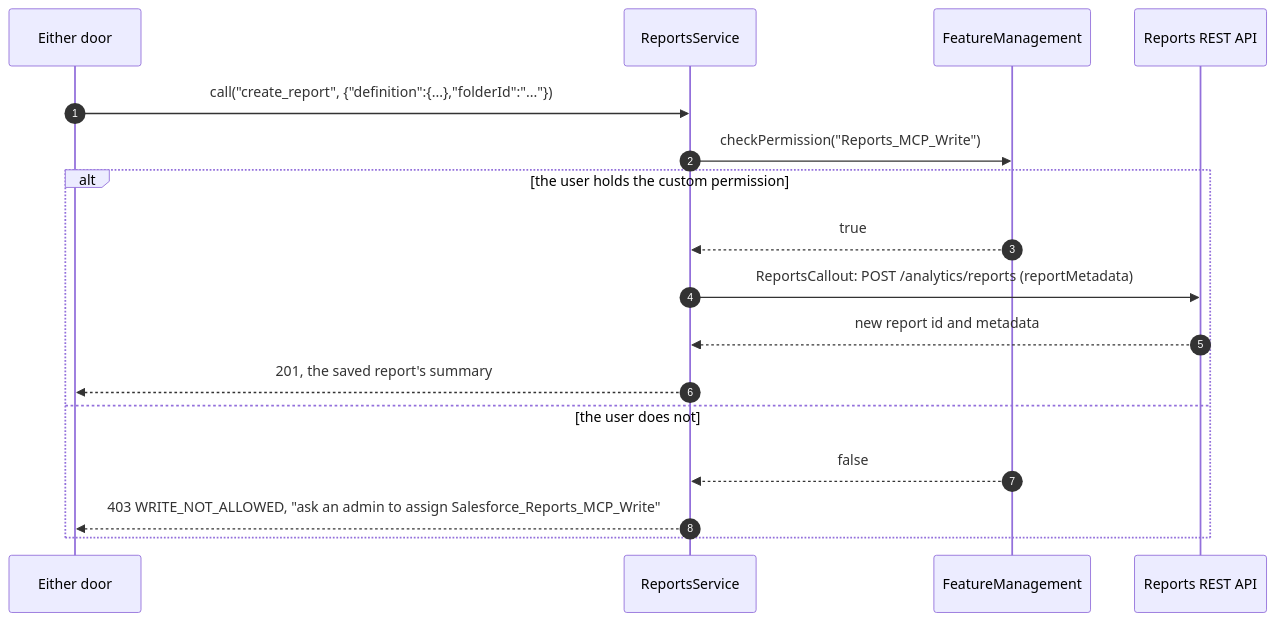
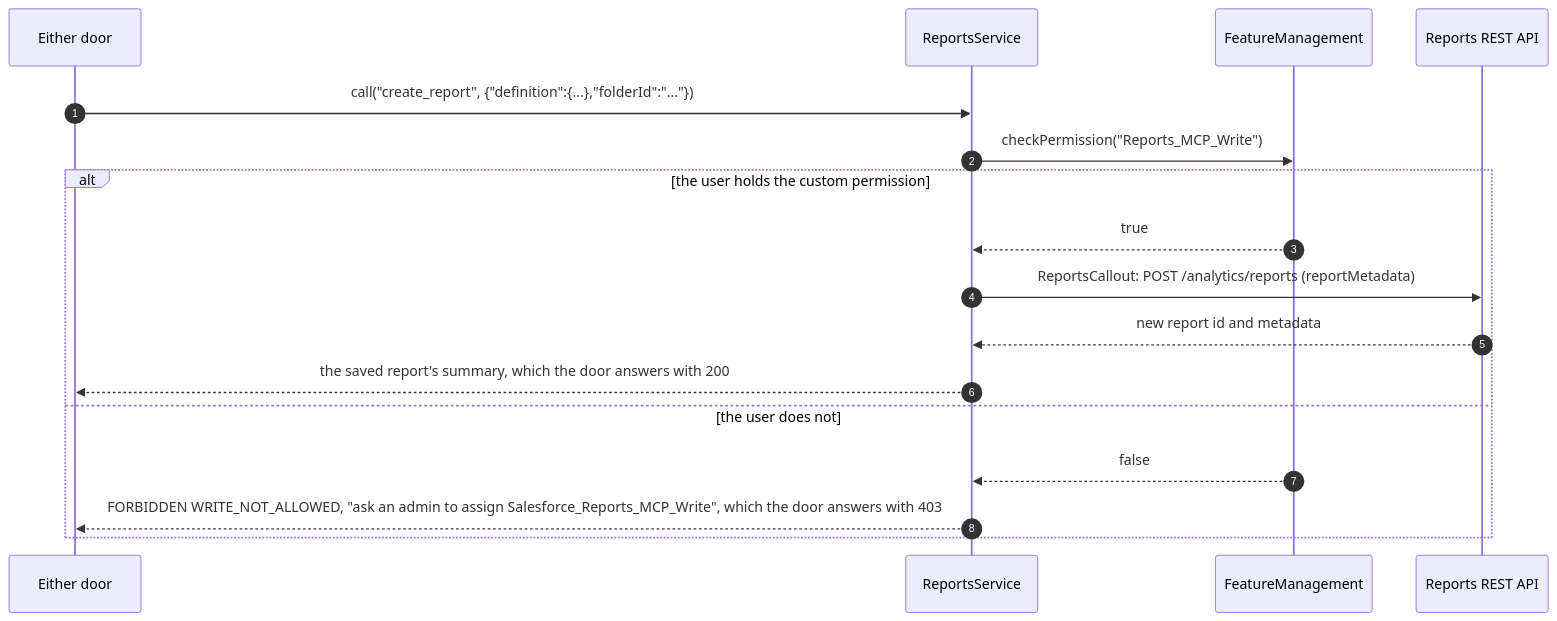
Before and after one commit to nelsben/salesforce-reports-mcp: the fifth of 5 diagrams in docs/architecture.md, drawn with Mermaid. The commit also changed other lines of this file and 19 other files, not shown here.

````diff
--- a/docs/architecture.md
+++ b/docs/architecture.md
@@ -215,20 +219,20 @@
 ```mermaid
 sequenceDiagram
   autonumber
   participant D as Either door
   participant SVC as ReportsService
   participant FM as FeatureManagement
   participant RR as Reports REST API
 
   D->>SVC: call("create_report", {"definition":{...},"folderId":"..."})
   SVC->>FM: checkPermission("Reports_MCP_Write")
   alt the user holds the custom permission
     FM-->>SVC: true
     SVC->>RR: ReportsCallout: POST /analytics/reports (reportMetadata)
     RR-->>SVC: new report id and metadata
-    SVC-->>D: 201, the saved report's summary
+    SVC-->>D: the saved report's summary, which the door answers with 200
   else the user does not
     FM-->>SVC: false
-    SVC-->>D: 403 WRITE_NOT_ALLOWED, "ask an admin to assign Salesforce_Reports_MCP_Write"
+    SVC-->>D: FORBIDDEN WRITE_NOT_ALLOWED, "ask an admin to assign Salesforce_Reports_MCP_Write", which the door answers with 403
   end
 ```
````
